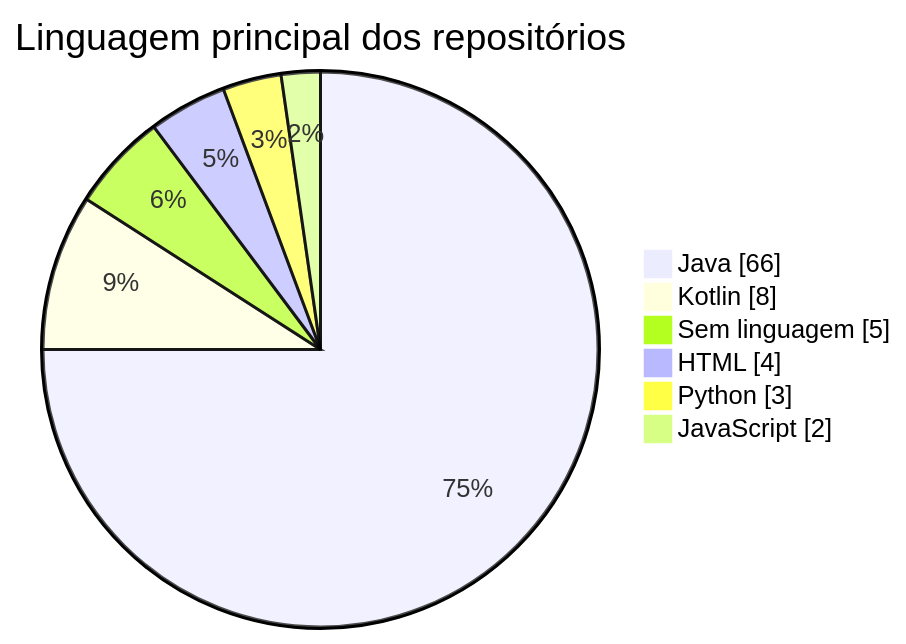
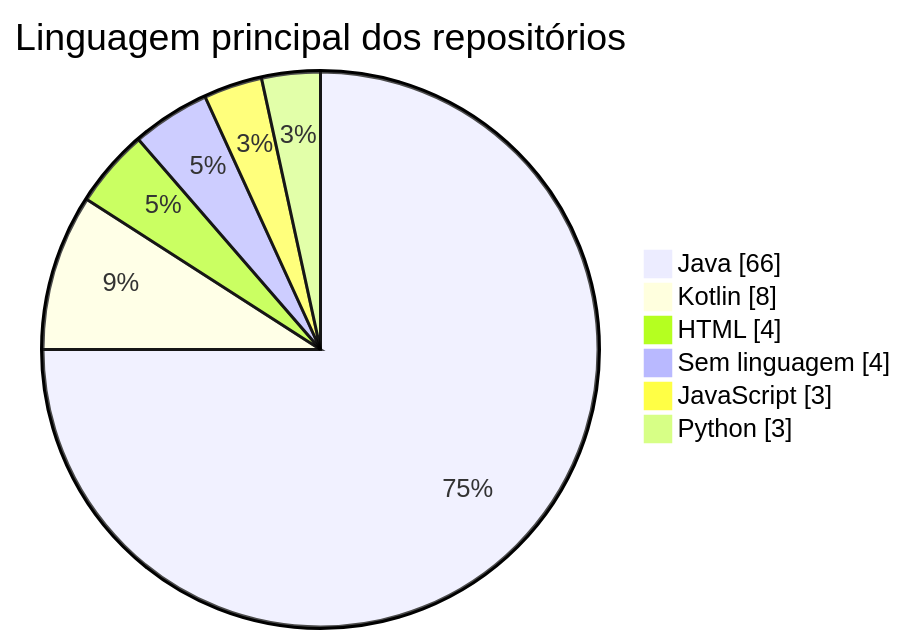
Before and after one commit to k3vinrich4rd/k3vinrich4rd: the eighth of 13 diagrams in README.md, drawn with Mermaid. The commit also changed other lines of this file, not shown here.

Commit message:
docs(perfil): atualização automática do README

````diff
--- a/README.md
+++ b/README.md
@@ -524,10 +524,10 @@
 ```mermaid
 pie showData
     title Linguagem principal dos repositórios
     "Java" : 66
     "Kotlin" : 8
-    "Sem linguagem" : 5
     "HTML" : 4
+    "Sem linguagem" : 4
+    "JavaScript" : 3
     "Python" : 3
-    "JavaScript" : 2
 ```
````
